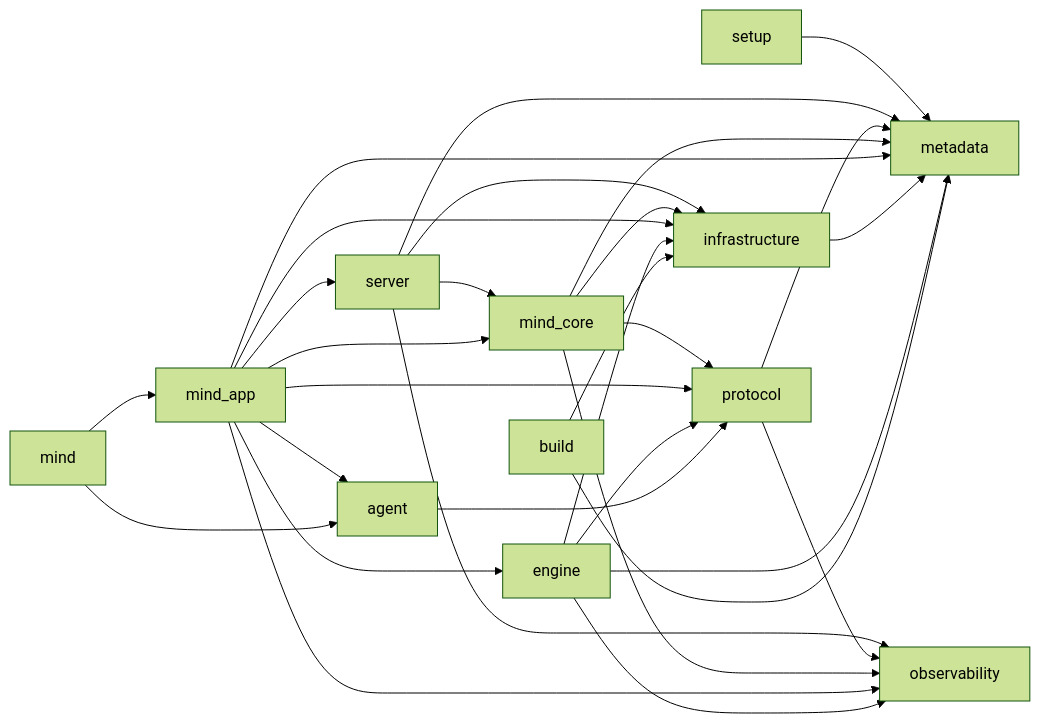
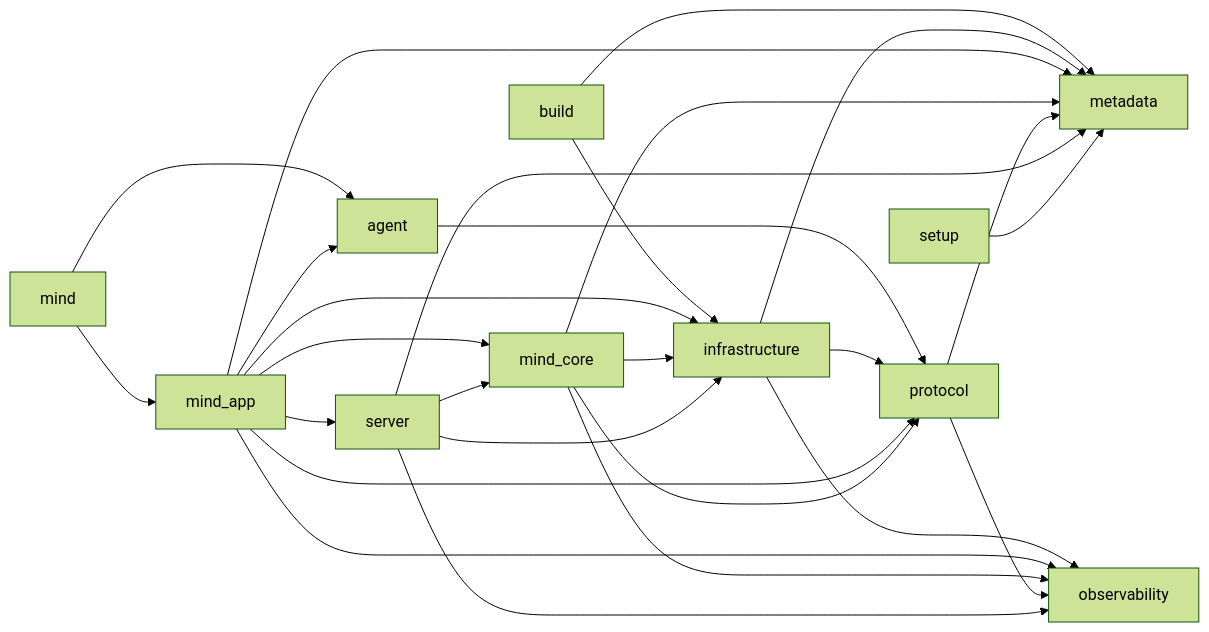
One commit to AxionixLabs/ProxyMind changed the diagram in AGENT_RUNTIME_IMPORT_GRAPH.md. Above: the diagram before and after it, drawn with Mermaid (forest theme). The commit also changed other lines of this file and 18 other files, not shown here.

Commit message:
retire engine package into infrastructure boundaries

````diff
--- a/AGENT_RUNTIME_IMPORT_GRAPH.md
+++ b/AGENT_RUNTIME_IMPORT_GRAPH.md
@@ -15,32 +15,29 @@
 ```mermaid
 flowchart LR
     agent --> protocol
     build --> infrastructure
     build --> metadata
-    engine --> infrastructure
-    engine --> metadata
-    engine --> observability
-    engine --> protocol
     infrastructure --> metadata
+    infrastructure --> observability
+    infrastructure --> protocol
     mind --> agent
     mind --> mind_app
     mind_app --> agent
-    mind_app --> engine
     mind_app --> infrastructure
     mind_app --> metadata
     mind_app --> mind_core
     mind_app --> observability
     mind_app --> protocol
     mind_app --> server
     mind_core --> infrastructure
     mind_core --> metadata
     mind_core --> observability
     mind_core --> protocol
     protocol --> metadata
     protocol --> observability
     server --> infrastructure
     server --> metadata
     server --> mind_core
     server --> observability
     setup --> metadata
 ```
````
